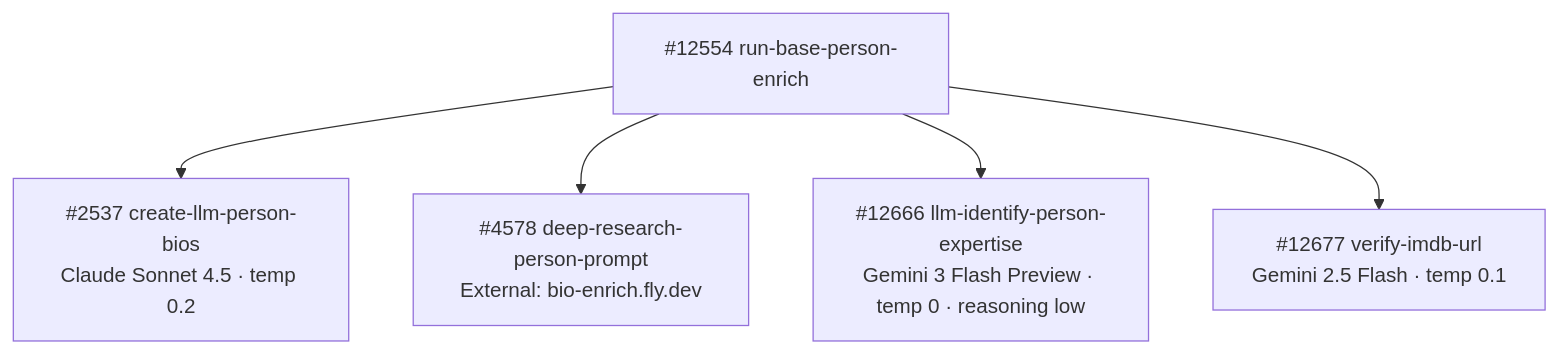
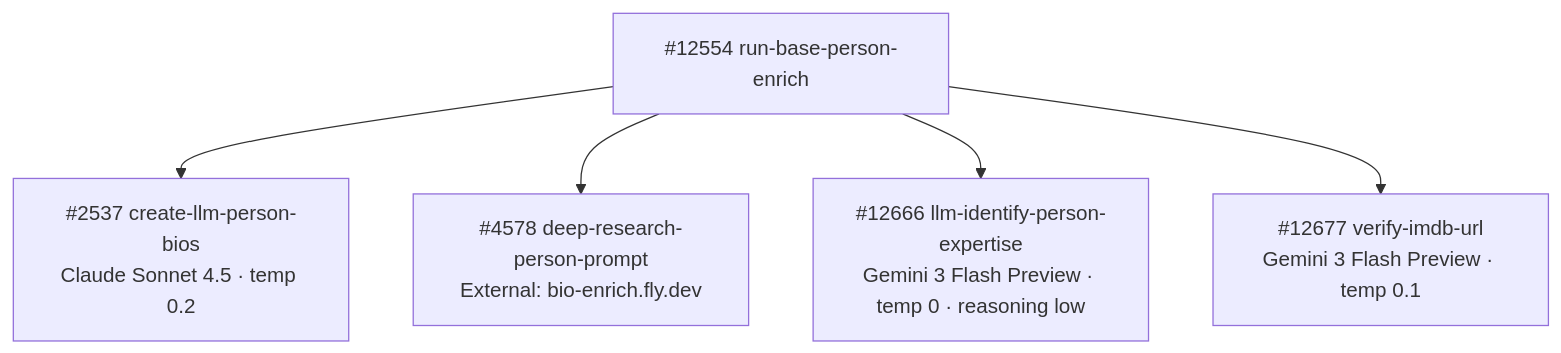
Before and after one commit to M-Pederson/docs: the diagram in guides/enrichment/person-pipeline/model-summary.mdx, drawn with Mermaid. The commit also changed other lines of this file and 14 other files, not shown here.

````diff
--- a/guides/enrichment/person-pipeline/model-summary.mdx
+++ b/guides/enrichment/person-pipeline/model-summary.mdx
@@ -65,7 +52,7 @@
 ```mermaid
 graph TD
     A["#12554 run-base-person-enrich"] --> B["#2537 create-llm-person-bios<br/>Claude Sonnet 4.5 · temp 0.2"]
     A --> C["#4578 deep-research-person-prompt<br/>External: bio-enrich.fly.dev"]
     A --> D["#12666 llm-identify-person-expertise<br/>Gemini 3 Flash Preview · temp 0 · reasoning low"]
-    A --> E["#12677 verify-imdb-url<br/>Gemini 2.5 Flash · temp 0.1"]
+    A --> E["#12677 verify-imdb-url<br/>Gemini 3 Flash Preview · temp 0.1"]
 ```
````
